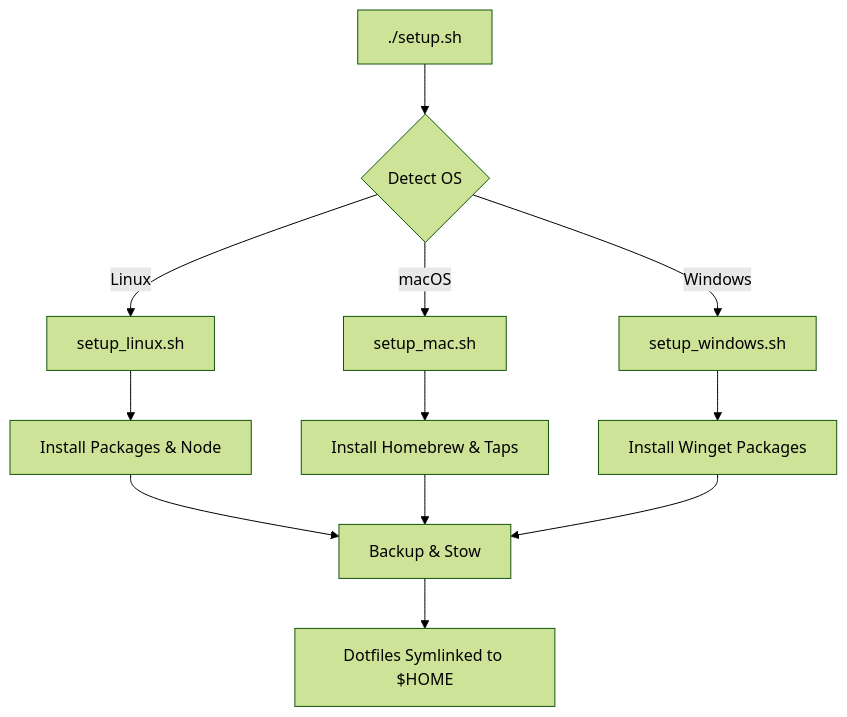
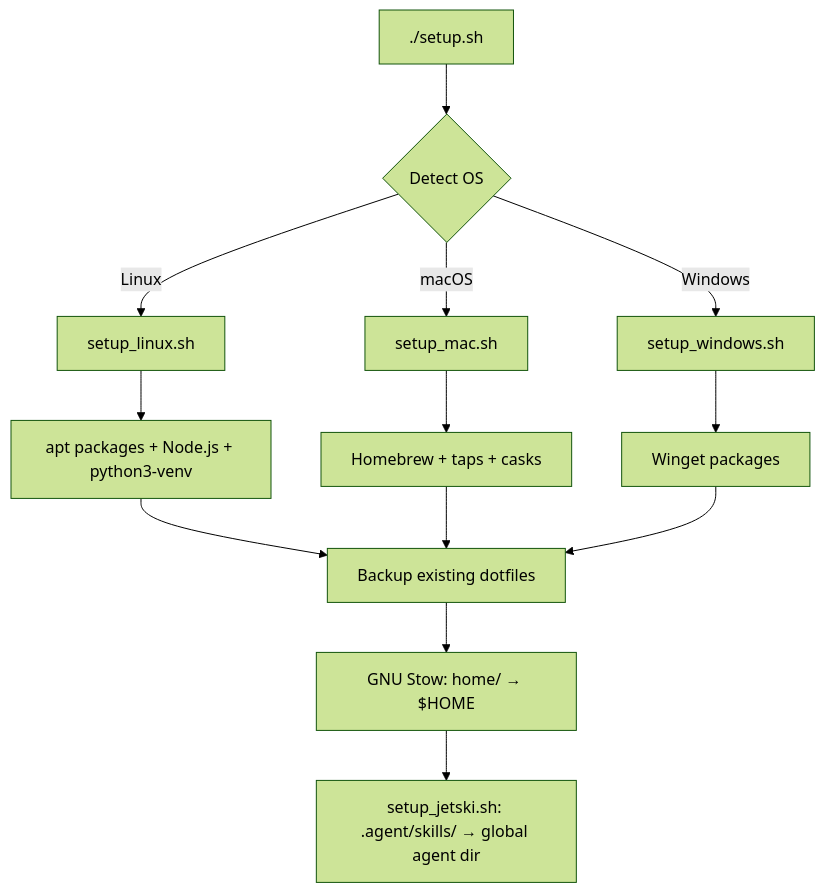
The diagram in DEVELOPMENT.md (sungroa/workspace_setup), drawn with Mermaid (forest theme) before and after one commit. The commit also changed other lines of this file and 11 other files, not shown here.

````diff
--- a/DEVELOPMENT.md
+++ b/DEVELOPMENT.md
@@ -13,17 +15,18 @@
 ```mermaid
 graph TD
     A[./setup.sh] --> B{Detect OS}
     B -- Linux --> C[setup_linux.sh]
     B -- macOS --> D[setup_mac.sh]
     B -- Windows --> E[setup_windows.sh]
-    
-    C --> F[Install Packages & Node]
-    D --> G[Install Homebrew & Taps]
-    E --> H[Install Winget Packages]
-    
-    F --> I[Backup & Stow]
+
+    C --> F[apt packages + Node.js + python3-venv]
+    D --> G[Homebrew + taps + casks]
+    E --> H[Winget packages]
+
+    F --> I[Backup existing dotfiles]
     G --> I
     H --> I
-    
-    I --> J[Dotfiles Symlinked to $HOME]
+
+    I --> J[GNU Stow: home/ → $HOME]
+    J --> K[setup_jetski.sh: .agent/skills/ → global agent dir]
 ```
````
